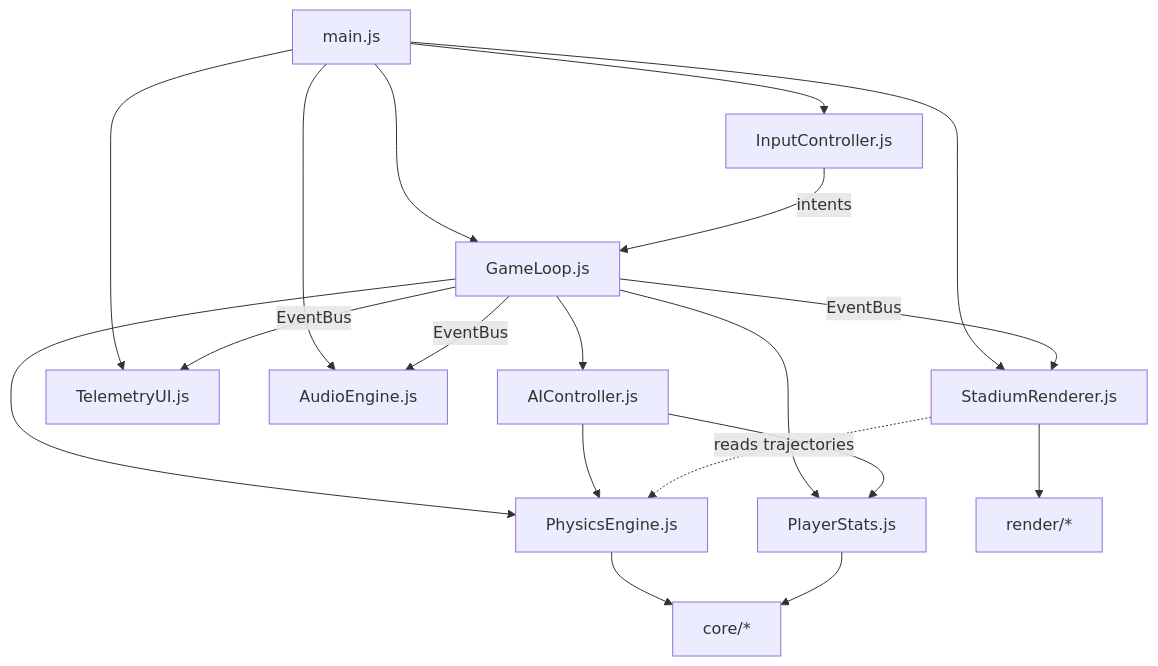
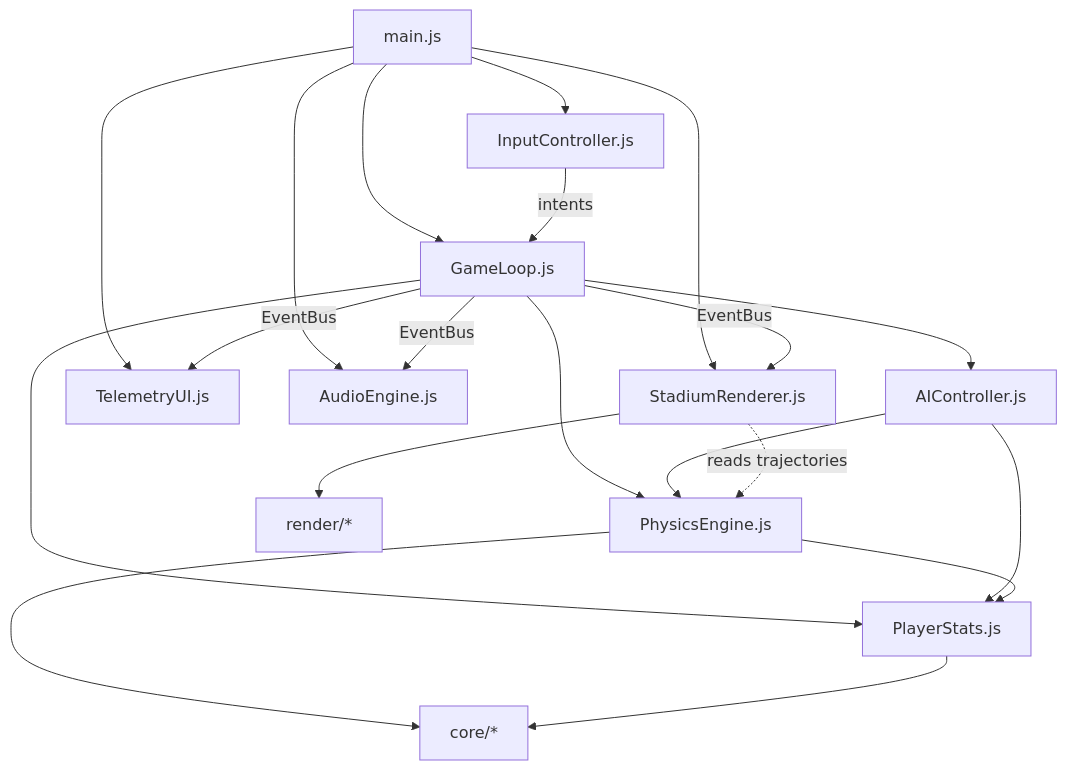
One commit to clmang12/baseball changed the first of 2 diagrams in docs/ARCHITECTURE.md. Above: the diagram before and after it, drawn with Mermaid. The commit also changed other lines of this file and 5 other files, not shown here.

````diff
--- a/docs/ARCHITECTURE.md
+++ b/docs/ARCHITECTURE.md
@@ -72,21 +72,22 @@
 ```mermaid
 graph TD
   main[main.js] --> GL[GameLoop.js]
   main --> SR[StadiumRenderer.js]
   main --> UI[TelemetryUI.js]
   main --> AU[AudioEngine.js]
   main --> IN[InputController.js]
   GL --> PE[PhysicsEngine.js]
   GL --> PS[PlayerStats.js]
   GL --> AI[AIController.js]
   AI --> PE
   AI --> PS
+  PE --> PS
   PE --> core[core/*]
   PS --> core
   SR --> render[render/*]
   SR -. reads trajectories .-> PE
   GL -- EventBus --> SR
   GL -- EventBus --> UI
   GL -- EventBus --> AU
   IN -- intents --> GL
 ```
````
